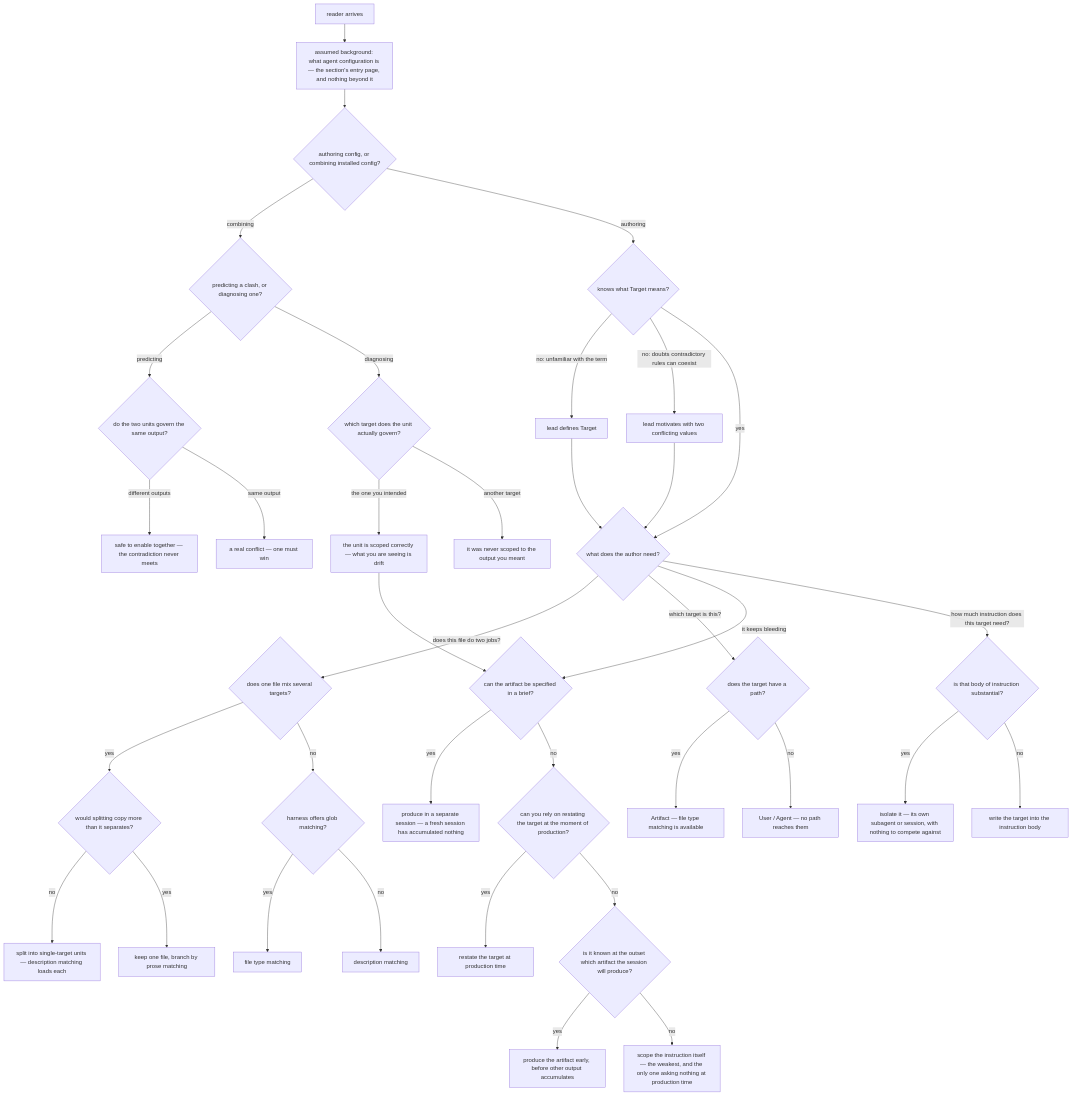
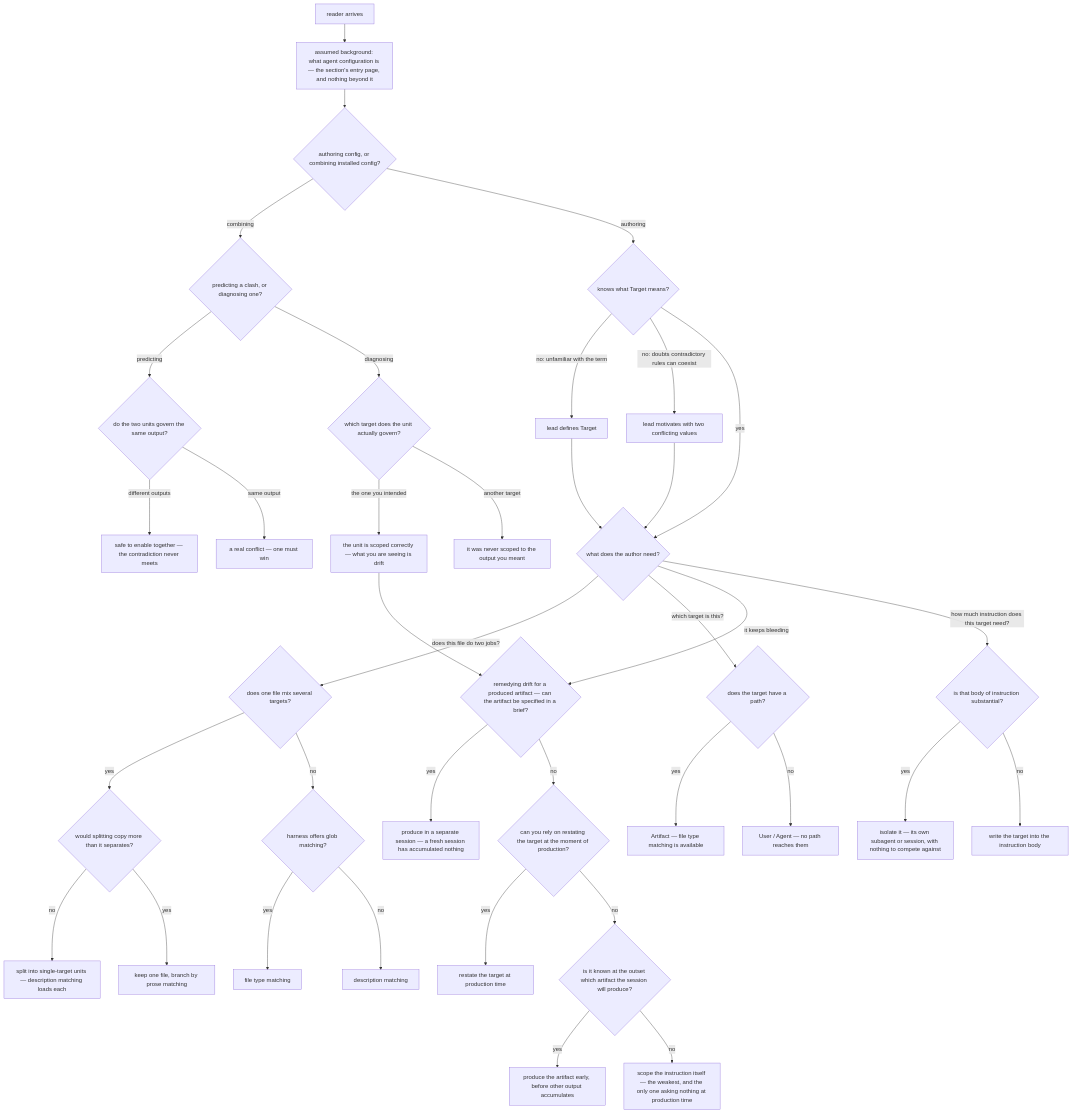
Before and after one commit to cyberuni/cyber-skills: the diagram in apps/website/.agents/spec/content/docs/agent-configuration/instruction-target/README.md, drawn with Mermaid. The commit also changed other lines of this file and 1 other file, not shown here.

````diff
--- a/apps/website/.agents/spec/content/docs/agent-configuration/instruction-target/README.md
+++ b/apps/website/.agents/spec/content/docs/agent-configuration/instruction-target/README.md
@@ -155,46 +166,46 @@
 ```mermaid
 graph TD
   S["reader arrives"] --> E["assumed background: what agent configuration is — the section's entry page, and nothing beyond it"]
   E --> R{authoring config, or combining installed config?}
 
   R -- combining --> W{predicting a clash, or diagnosing one?}
   W -- predicting --> Z{do the two units govern the same output?}
   Z -- "different outputs" --> Z1["safe to enable together — the contradiction never meets"]
   Z -- "same output" --> Z2["a real conflict — one must win"]
   W -- diagnosing --> V{which target does the unit actually govern?}
   V -- "the one you intended" --> V1["the unit is scoped correctly — what you are seeing is drift"]
   V -- "another target" --> V2["it was never scoped to the output you meant"]
   V1 --> P
 
   R -- authoring --> B{knows what Target means?}
   B -- "no: unfamiliar with the term" --> L1["lead defines Target"]
   B -- "no: doubts contradictory rules can coexist" --> L2["lead motivates with two conflicting values"]
   B -- yes --> D{what does the author need?}
   L1 --> D
   L2 --> D
 
   D -- "does this file do two jobs?" --> K{does one file mix several targets?}
   D -- "which target is this?" --> H{does the target have a path?}
-  D -- "it keeps bleeding" --> P{can the artifact be specified in a brief?}
+  D -- "it keeps bleeding" --> P{"remedying drift for a produced artifact — can the artifact be specified in a brief?"}
   D -- "how much instruction does this target need?" --> N{is that body of instruction substantial?}
 
   N -- yes --> N1["isolate it — its own subagent or session, with nothing to compete against"]
   N -- no --> N2["write the target into the instruction body"]
 
   K -- yes --> K1{would splitting copy more than it separates?}
   K1 -- no --> K2["split into single-target units — description matching loads each"]
   K1 -- yes --> K3["keep one file, branch by prose matching"]
   K -- no --> M{harness offers glob matching?}
   M -- yes --> M1["file type matching"]
   M -- no --> M2["description matching"]
 
   H -- yes --> H1["Artifact — file type matching is available"]
   H -- no --> H2["User / Agent — no path reaches them"]
 
   P -- yes --> P1["produce in a separate session — a fresh session has accumulated nothing"]
   P -- no --> P3{can you rely on restating the target at the moment of production?}
   P3 -- yes --> P2["restate the target at production time"]
   P3 -- no --> P5{is it known at the outset which artifact the session will produce?}
   P5 -- yes --> P4["produce the artifact early, before other output accumulates"]
   P5 -- no --> P6["scope the instruction itself — the weakest, and the only one asking nothing at production time"]
 ```
````
